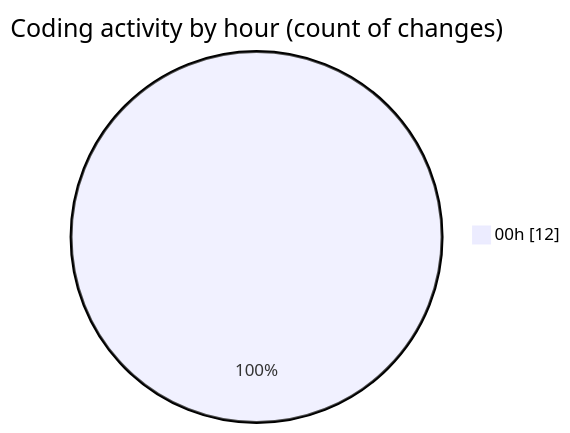
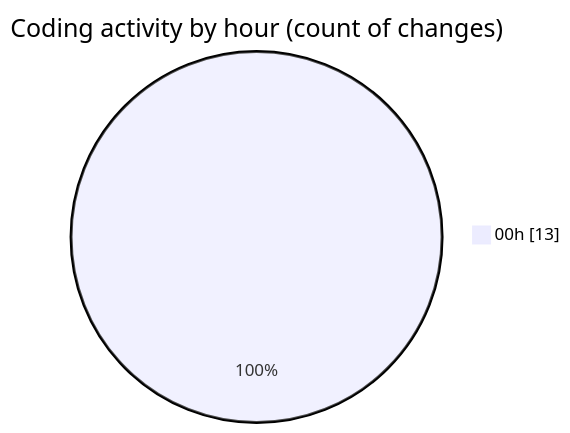
One commit to Ritupan-Deka/code-tracking changed the second of 2 diagrams in 2025-06-22/___base/README.md. Above: the diagram before and after it, drawn with Mermaid. The commit also changed other lines of this file and 1 other file, not shown here.

````diff
--- a/2025-06-22/___base/README.md
+++ b/2025-06-22/___base/README.md
@@ -28,5 +30,5 @@
 ```mermaid
 pie showData
 title Coding activity by hour (count of changes)
-"00h" : 12
+"00h" : 13
 ```
````
